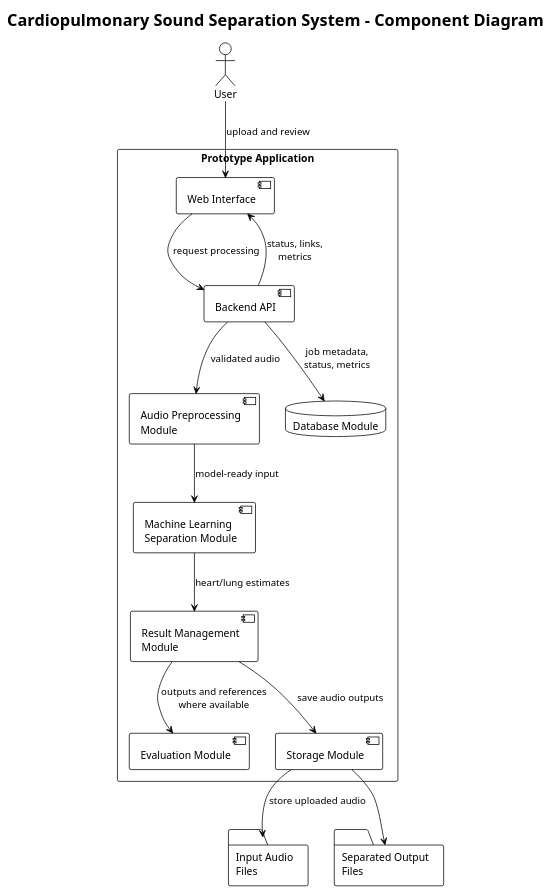
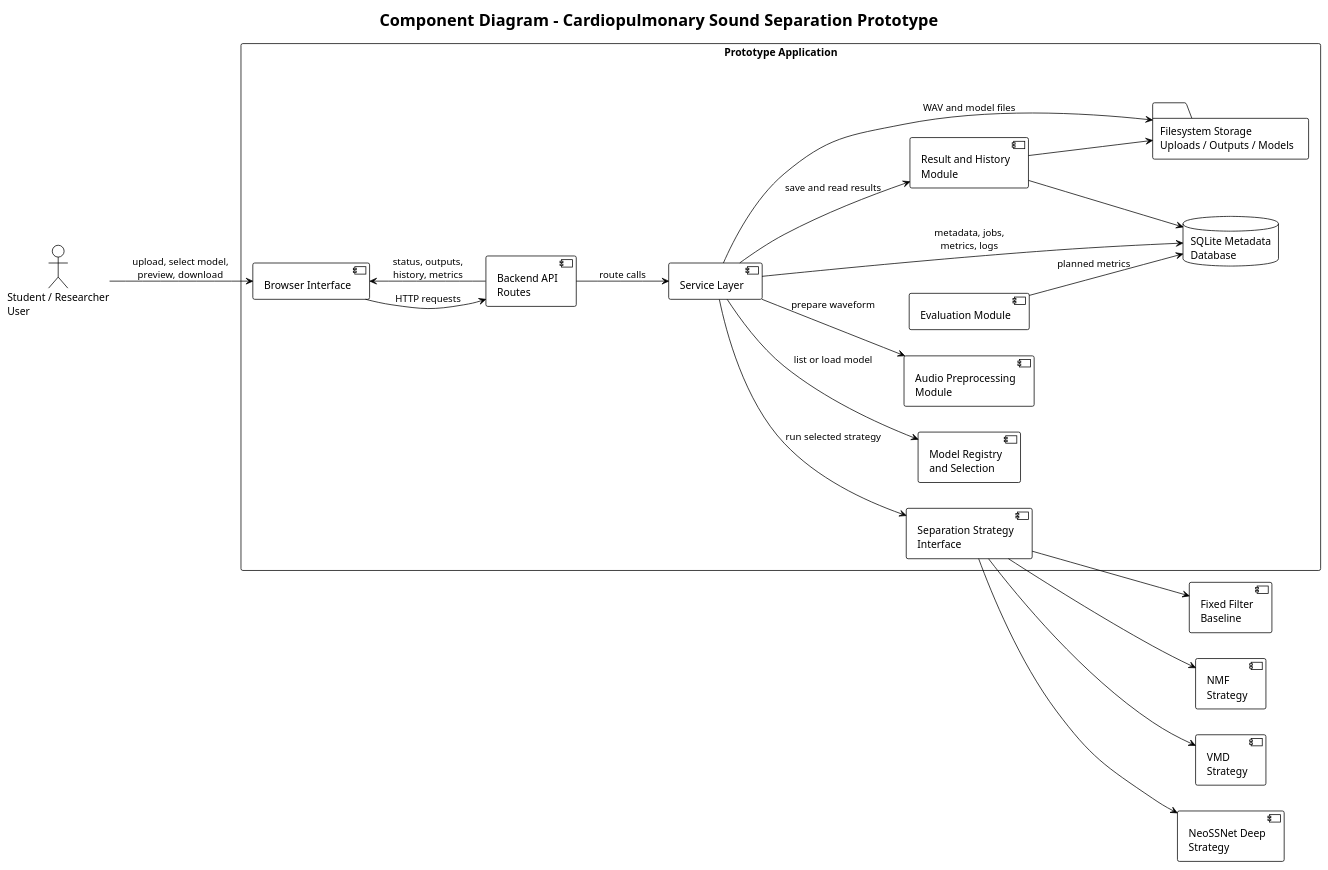
The diagram in diagrams/plantuml/component_diagram.puml (ASHRAF-2004/fyp-cardiopulmonary-sound-separation-report), drawn with PlantUML before and after one commit. The commit also changed 30 other files, not shown here.

Commit message:
Refine system design diagrams and algorithm plan

```diff
--- a/diagrams/plantuml/component_diagram.puml
+++ b/diagrams/plantuml/component_diagram.puml
@@ -1,33 +1,46 @@
 @startuml
 !theme plain
-title Cardiopulmonary Sound Separation System - Component Diagram
+title Component Diagram - Cardiopulmonary Sound Separation Prototype
 
-actor "User" as User
+left to right direction
+skinparam shadowing false
+
+actor "Student / Researcher\nUser" as User
 
 rectangle "Prototype Application" {
-  component "Web Interface" as Web
-  component "Backend API" as API
+  component "Browser Interface" as Web
+  component "Backend API\nRoutes" as API
+  component "Service Layer" as Services
+  component "Model Registry\nand Selection" as Registry
   component "Audio Preprocessing\nModule" as Preprocess
-  component "Machine Learning\nSeparation Module" as Model
-  component "Result Management\nModule" as Result
+  component "Separation Strategy\nInterface" as Strategy
   component "Evaluation Module" as Eval
-  component "Storage Module" as Storage
-  database "Database Module" as DB
+  component "Result and History\nModule" as Result
+  database "SQLite Metadata\nDatabase" as DB
+  folder "Filesystem Storage\nUploads / Outputs / Models" as FS
 }
 
-folder "Input Audio\nFiles" as InputFiles
-folder "Separated Output\nFiles" as OutputFiles
+component "Fixed Filter\nBaseline" as Filter
+component "NMF\nStrategy" as NMF
+component "VMD\nStrategy" as VMD
+component "NeoSSNet Deep\nStrategy" as Neo
 
-User --> Web : upload and review
-Web --> API : request processing
-API --> Preprocess : validated audio
-Preprocess --> Model : model-ready input
-Model --> Result : heart/lung estimates
-Result --> Eval : outputs and references\nwhere available
-Result --> Storage : save audio outputs
-Storage --> OutputFiles
-API --> DB : job metadata,\nstatus, metrics
-Storage --> InputFiles : store uploaded audio
-Web <-- API : status, links,\nmetrics
+User --> Web : upload, select model,\npreview, download
+Web --> API : HTTP requests
+API --> Services : route calls
+Services --> Registry : list or load model
+Services --> Preprocess : prepare waveform
+Services --> Strategy : run selected strategy
+Strategy --> Filter
+Strategy --> NMF
+Strategy --> VMD
+Strategy --> Neo
+Services --> Result : save and read results
+Services --> DB : metadata, jobs,\nmetrics, logs
+Services --> FS : WAV and model files
+Result --> DB
+Result --> FS
+Eval --> DB : planned metrics
+Web <-- API : status, outputs,\nhistory, metrics
 
 @enduml
```
